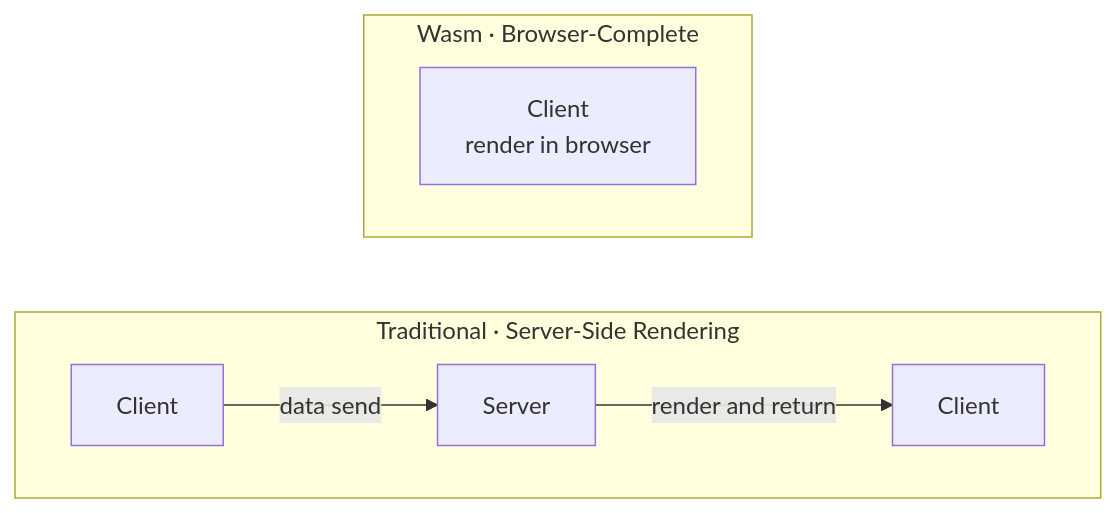
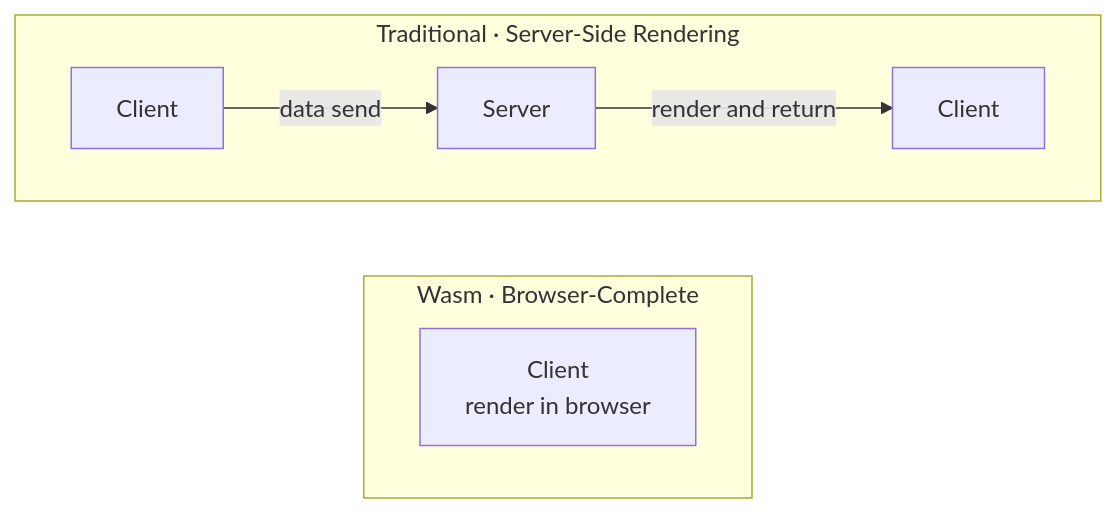
Before and after one commit to tkoyama010/pyvista-wasm: the first of 4 diagrams in slides/slides.md, drawn with Mermaid. The commit also changed other lines of this file, not shown here.

Commit message:
docs: place Wasm above SSR in architecture diagram

````diff
--- a/slides/slides.md
+++ b/slides/slides.md
@@ -267,12 +267,12 @@
 ```mermaid {scale: 0.75}
 flowchart LR
+  subgraph Wasm["Wasm · Browser-Complete"]
+    direction LR
+    WC["Client<br/>render in browser"]
+  end
   subgraph Traditional["Traditional · Server-Side Rendering"]
     direction LR
     TC1["Client"] -->|data send| S["Server"]
     S -->|render and return| TC2["Client"]
   end
-  subgraph Wasm["Wasm · Browser-Complete"]
-    direction LR
-    WC["Client<br/>render in browser"]
-  end
 ```
````
